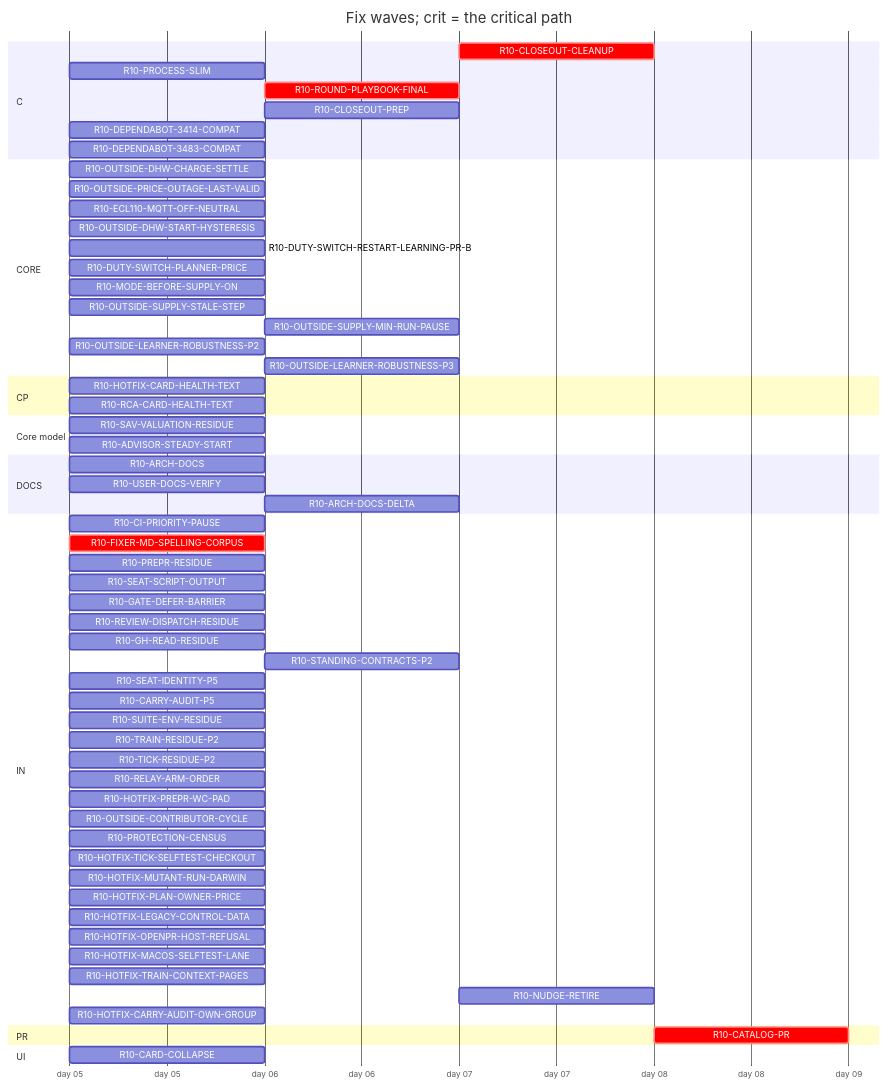
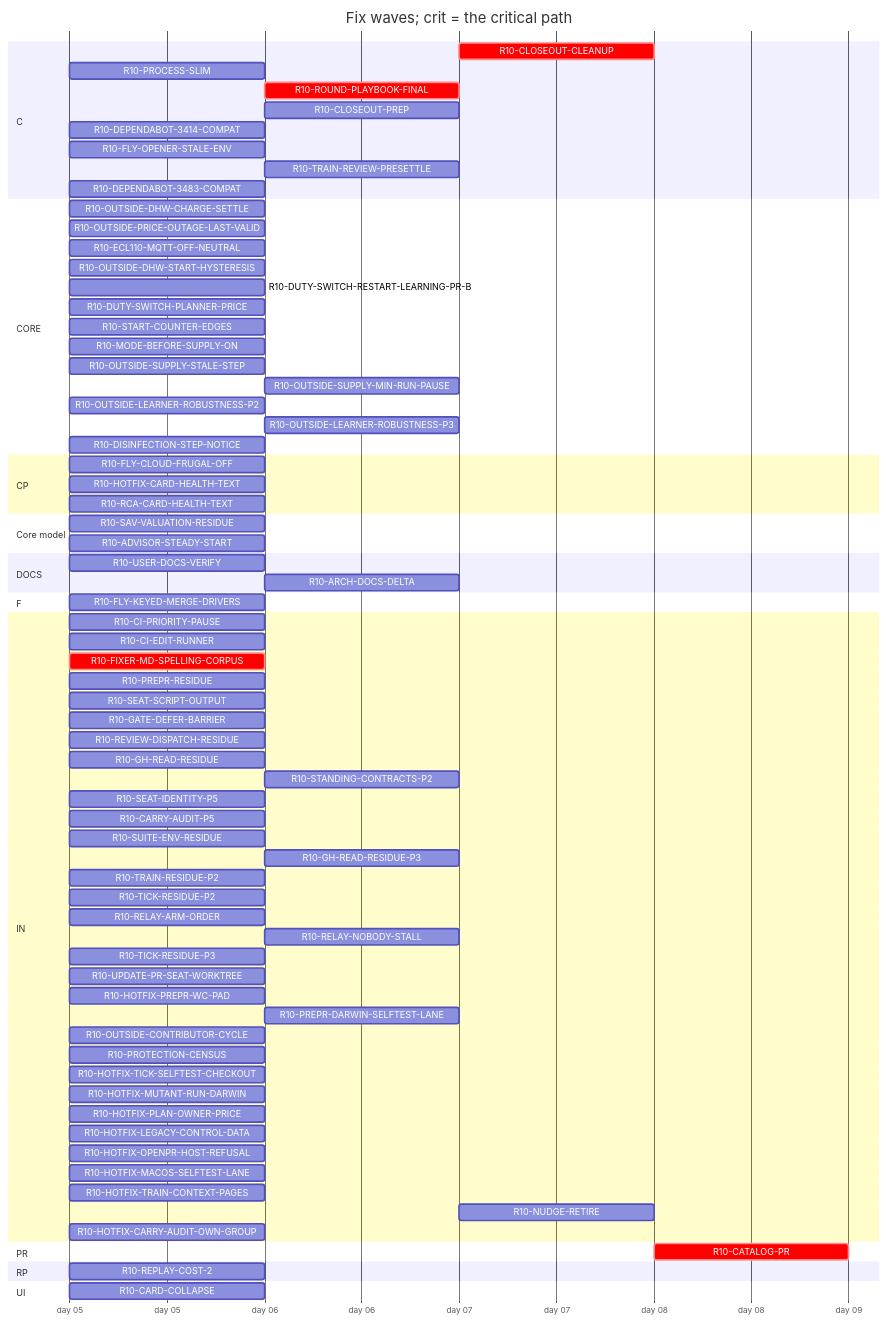
One commit to tvofi/heatpump_optimizer changed the diagram in handoff/round10/state/PLAN-TABLE.md. Above: the diagram before and after it, drawn with Mermaid. The commit also changed other lines of this file and 3 other files, not shown here.

Commit message:
state: FLOW-BOARD.md, NEXT-SESSION-PROMPT.md, PLAN-TABLE.md, RESUME-CURRENT.md regenerated (state_docs.py)

````diff
--- a/handoff/round10/state/PLAN-TABLE.md
+++ b/handoff/round10/state/PLAN-TABLE.md
@@ -21,66 +23,80 @@
 ```mermaid
 gantt
   title Fix waves; crit = the critical path
   dateFormat YYYY-MM-DD
   axisFormat day %d
   section C
-    R10-CLOSEOUT-CLEANUP :crit, r10CLOSEOUTCLEANUP, after r10ARCHDOCS r10USERDOCSVERIFY r10ROUNDPLAYBOOKFINAL r10CLOSEOUTPREP r10ARCHDOCSDELTA, 1d
+    R10-CLOSEOUT-CLEANUP :crit, r10CLOSEOUTCLEANUP, after r10USERDOCSVERIFY r10ROUNDPLAYBOOKFINAL r10CLOSEOUTPREP r10ARCHDOCSDELTA, 1d
     R10-PROCESS-SLIM :r10PROCESSSLIM, 2026-01-05, 1d
     R10-ROUND-PLAYBOOK-FINAL :crit, r10ROUNDPLAYBOOKFINAL, after r10FIXERMDSPELLINGCORPUS, 1d
-    R10-CLOSEOUT-PREP :r10CLOSEOUTPREP, after r10ARCHDOCS r10FIXERMDSPELLINGCORPUS, 1d
+    R10-CLOSEOUT-PREP :r10CLOSEOUTPREP, after r10FIXERMDSPELLINGCORPUS, 1d
     R10-DEPENDABOT-3414-COMPAT :r10DEPENDABOT3414COMPAT, 2026-01-05, 1d
+    R10-FLY-OPENER-STALE-ENV :r10FLYOPENERSTALEENV, 2026-01-05, 1d
+    R10-TRAIN-REVIEW-PRESETTLE :r10TRAINREVIEWPRESETTLE, after r10TRAINRESIDUEP2, 1d
     R10-DEPENDABOT-3483-COMPAT :r10DEPENDABOT3483COMPAT, 2026-01-05, 1d
   section CORE
     R10-OUTSIDE-DHW-CHARGE-SETTLE :r10OUTSIDEDHWCHARGESETTLE, 2026-01-05, 1d
     R10-OUTSIDE-PRICE-OUTAGE-LAST-VALID :r10OUTSIDEPRICEOUTAGELASTVALID, 2026-01-05, 1d
     R10-ECL110-MQTT-OFF-NEUTRAL :r10ECL110MQTTOFFNEUTRAL, 2026-01-05, 1d
     R10-OUTSIDE-DHW-START-HYSTERESIS :r10OUTSIDEDHWSTARTHYSTERESIS, 2026-01-05, 1d
     R10-DUTY-SWITCH-RESTART-LEARNING-PR-B :r10DUTYSWITCHRESTARTLEARNINGPRB, 2026-01-05, 1d
     R10-DUTY-SWITCH-PLANNER-PRICE :r10DUTYSWITCHPLANNERPRICE, 2026-01-05, 1d
+    R10-START-COUNTER-EDGES :r10STARTCOUNTEREDGES, 2026-01-05, 1d
     R10-MODE-BEFORE-SUPPLY-ON :r10MODEBEFORESUPPLYON, 2026-01-05, 1d
     R10-OUTSIDE-SUPPLY-STALE-STEP :r10OUTSIDESUPPLYSTALESTEP, 2026-01-05, 1d
     R10-OUTSIDE-SUPPLY-MIN-RUN-PAUSE :r10OUTSIDESUPPLYMINRUNPAUSE, after r10OUTSIDESUPPLYSTALESTEP, 1d
     R10-OUTSIDE-LEARNER-ROBUSTNESS-P2 :r10OUTSIDELEARNERROBUSTNESSP2, 2026-01-05, 1d
     R10-OUTSIDE-LEARNER-ROBUSTNESS-P3 :r10OUTSIDELEARNERROBUSTNESSP3, after r10OUTSIDELEARNERROBUSTNESSP2, 1d
+    R10-DISINFECTION-STEP-NOTICE :r10DISINFECTIONSTEPNOTICE, 2026-01-05, 1d
   section CP
+    R10-FLY-CLOUD-FRUGAL-OFF :r10FLYCLOUDFRUGALOFF, 2026-01-05, 1d
     R10-HOTFIX-CARD-HEALTH-TEXT :r10HOTFIXCARDHEALTHTEXT, 2026-01-05, 1d
     R10-RCA-CARD-HEALTH-TEXT :r10RCACARDHEALTHTEXT, 2026-01-05, 1d
   section Core model
     R10-SAV-VALUATION-RESIDUE :r10SAVVALUATIONRESIDUE, 2026-01-05, 1d
     R10-ADVISOR-STEADY-START :r10ADVISORSTEADYSTART, 2026-01-05, 1d
   section DOCS
-    R10-ARCH-DOCS :r10ARCHDOCS, 2026-01-05, 1d
     R10-USER-DOCS-VERIFY :r10USERDOCSVERIFY, 2026-01-05, 1d
-    R10-ARCH-DOCS-DELTA :r10ARCHDOCSDELTA, after r10ARCHDOCS r10SAVVALUATIONRESIDUE r10ADVISORSTEADYSTART r10PROCESSSLIM, 1d
+    R10-ARCH-DOCS-DELTA :r10ARCHDOCSDELTA, after r10SAVVALUATIONRESIDUE r10ADVISORSTEADYSTART r10PROCESSSLIM, 1d
+  section F
+    R10-FLY-KEYED-MERGE-DRIVERS :r10FLYKEYEDMERGEDRIVERS, 2026-01-05, 1d
   section IN
     R10-CI-PRIORITY-PAUSE :r10CIPRIORITYPAUSE, 2026-01-05, 1d
+    R10-CI-EDIT-RUNNER :r10CIEDITRUNNER, 2026-01-05, 1d
     R10-FIXER-MD-SPELLING-CORPUS :crit, r10FIXERMDSPELLINGCORPUS, 2026-01-05, 1d
     R10-PREPR-RESIDUE :r10PREPRRESIDUE, 2026-01-05, 1d
     R10-SEAT-SCRIPT-OUTPUT :r10SEATSCRIPTOUTPUT, 2026-01-05, 1d
     R10-GATE-DEFER-BARRIER :r10GATEDEFERBARRIER, 2026-01-05, 1d
     R10-REVIEW-DISPATCH-RESIDUE :r10REVIEWDISPATCHRESIDUE, 2026-01-05, 1d
     R10-GH-READ-RESIDUE :r10GHREADRESIDUE, 2026-01-05, 1d
     R10-STANDING-CONTRACTS-P2 :r10STANDINGCONTRACTSP2, after r10FIXERMDSPELLINGCORPUS, 1d
     R10-SEAT-IDENTITY-P5 :r10SEATIDENTITYP5, 2026-01-05, 1d
     R10-CARRY-AUDIT-P5 :r10CARRYAUDITP5, 2026-01-05, 1d
     R10-SUITE-ENV-RESIDUE :r10SUITEENVRESIDUE, 2026-01-05, 1d
+    R10-GH-READ-RESIDUE-P3 :r10GHREADRESIDUEP3, after r10GHREADRESIDUE, 1d
     R10-TRAIN-RESIDUE-P2 :r10TRAINRESIDUEP2, 2026-01-05, 1d
     R10-TICK-RESIDUE-P2 :r10TICKRESIDUEP2, 2026-01-05, 1d
     R10-RELAY-ARM-ORDER :r10RELAYARMORDER, 2026-01-05, 1d
+    R10-RELAY-NOBODY-STALL :r10RELAYNOBODYSTALL, after r10RELAYARMORDER r10REVIEWDISPATCHRESIDUE, 1d
+    R10-TICK-RESIDUE-P3 :r10TICKRESIDUEP3, 2026-01-05, 1d
+    R10-UPDATE-PR-SEAT-WORKTREE :r10UPDATEPRSEATWORKTREE, 2026-01-05, 1d
     R10-HOTFIX-PREPR-WC-PAD :r10HOTFIXPREPRWCPAD, 2026-01-05, 1d
+    R10-PREPR-DARWIN-SELFTEST-LANE :r10PREPRDARWINSELFTESTLANE, after r10HOTFIXPREPRWCPAD, 1d
     R10-OUTSIDE-CONTRIBUTOR-CYCLE :r10OUTSIDECONTRIBUTORCYCLE, 2026-01-05, 1d
     R10-PROTECTION-CENSUS :r10PROTECTIONCENSUS, 2026-01-05, 1d
     R10-HOTFIX-TICK-SELFTEST-CHECKOUT :r10HOTFIXTICKSELFTESTCHECKOUT, 2026-01-05, 1d
     R10-HOTFIX-MUTANT-RUN-DARWIN :r10HOTFIXMUTANTRUNDARWIN, 2026-01-05, 1d
     R10-HOTFIX-PLAN-OWNER-PRICE :r10HOTFIXPLANOWNERPRICE, 2026-01-05, 1d
     R10-HOTFIX-LEGACY-CONTROL-DATA :r10HOTFIXLEGACYCONTROLDATA, 2026-01-05, 1d
     R10-HOTFIX-OPENPR-HOST-REFUSAL :r10HOTFIXOPENPRHOSTREFUSAL, 2026-01-05, 1d
     R10-HOTFIX-MACOS-SELFTEST-LANE :r10HOTFIXMACOSSELFTESTLANE, 2026-01-05, 1d
     R10-HOTFIX-TRAIN-CONTEXT-PAGES :r10HOTFIXTRAINCONTEXTPAGES, 2026-01-05, 1d
     R10-NUDGE-RETIRE :r10NUDGERETIRE, after r10ROUNDPLAYBOOKFINAL, 1d
     R10-HOTFIX-CARRY-AUDIT-OWN-GROUP :r10HOTFIXCARRYAUDITOWNGROUP, 2026-01-05, 1d
   section PR
-    R10-CATALOG-PR :crit, r10CATALOGPR, after r10USERDOCSVERIFY r10ARCHDOCS r10ROUNDPLAYBOOKFINAL r10CLOSEOUTCLEANUP r10CLOSEOUTPREP r10ARCHDOCSDELTA, 1d
+    R10-CATALOG-PR :crit, r10CATALOGPR, after r10USERDOCSVERIFY r10ROUNDPLAYBOOKFINAL r10CLOSEOUTCLEANUP r10CLOSEOUTPREP r10ARCHDOCSDELTA, 1d
+  section RP
+    R10-REPLAY-COST-2 :r10REPLAYCOST2, 2026-01-05, 1d
   section UI
     R10-CARD-COLLAPSE :r10CARDCOLLAPSE, 2026-01-05, 1d
 ```
````
